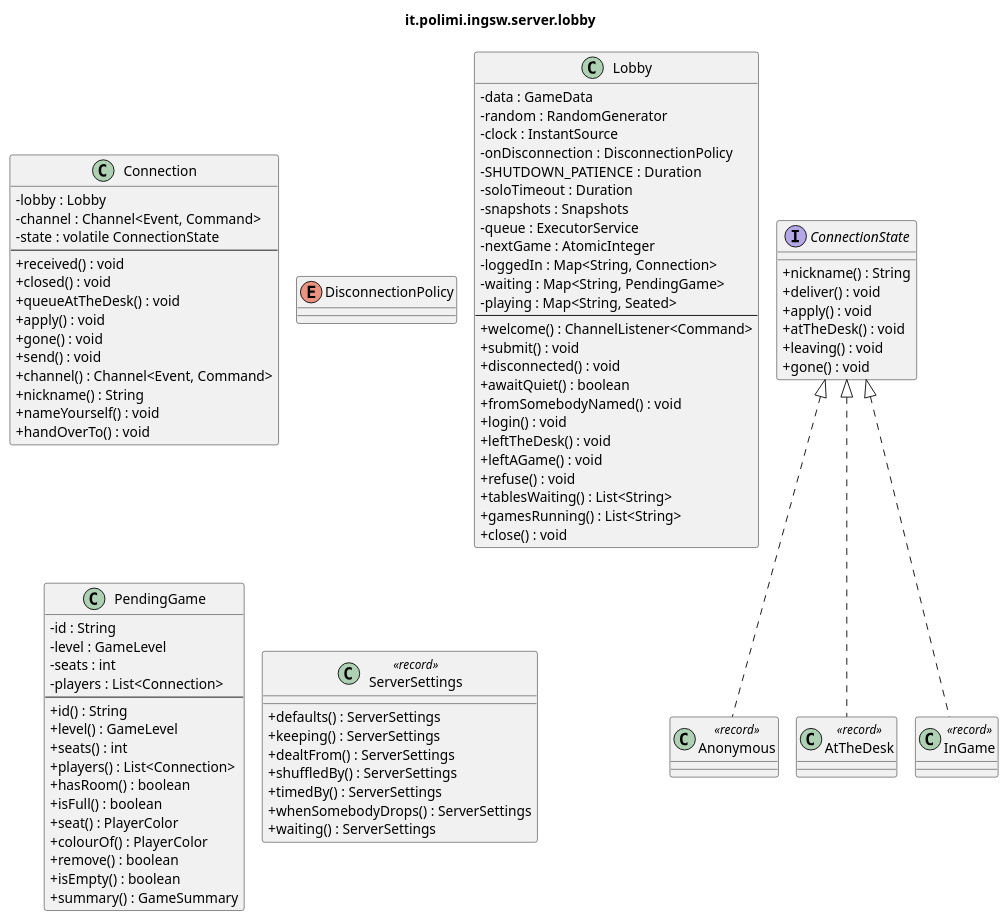
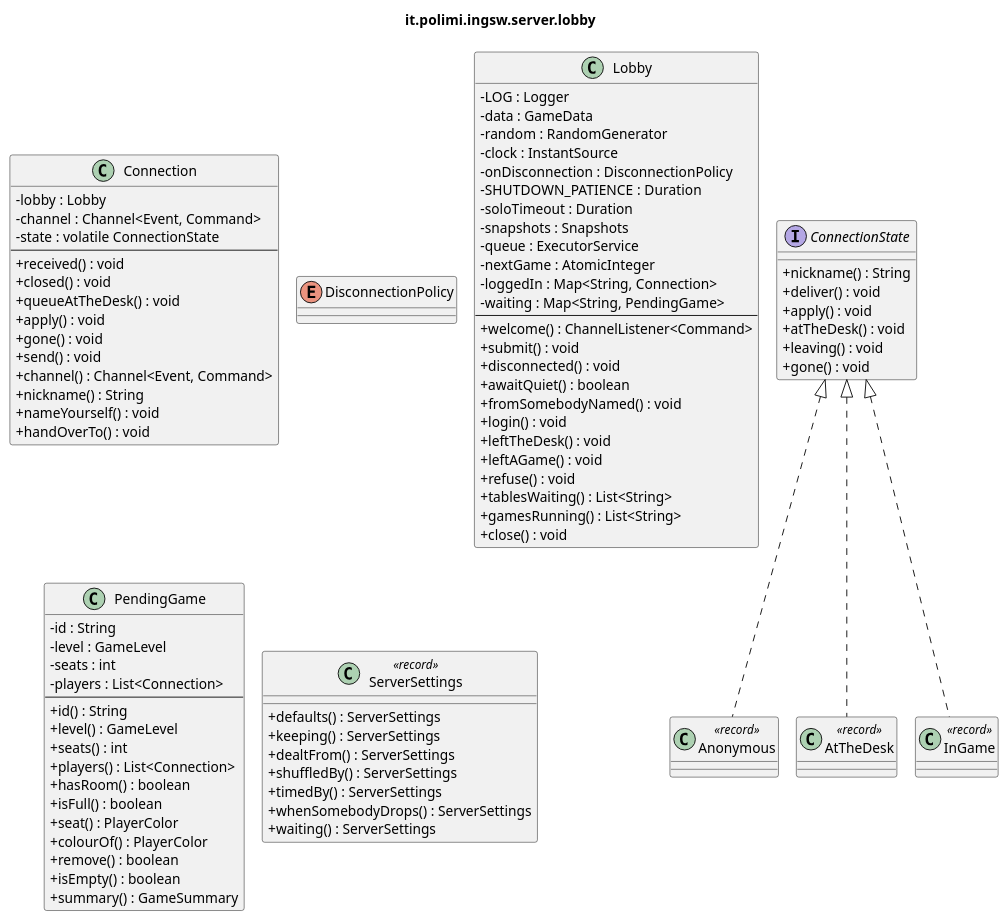
One commit to samuelesegrini/ing-sw-2025-segrini-terribile-varricchio-zanca changed the diagram in docs/uml/detailed/server-lobby.puml. Above: the diagram before and after it, drawn with PlantUML. The commit also changed 9 other files, not shown here.

```diff
--- a/docs/uml/detailed/server-lobby.puml
+++ b/docs/uml/detailed/server-lobby.puml
@@ -1,98 +1,98 @@
 @startuml it_polimi_ingsw_server_lobby
 ' Generated by tools/uml/generate-detailed.py. Do not edit by hand.
 !pragma layout smetana
 skinparam shadowing false
 skinparam classAttributeIconSize 0
 title it.polimi.ingsw.server.lobby
 
 class Connection {
   -lobby : Lobby
   -channel : Channel<Event, Command>
   -state : volatile ConnectionState
   --
   +received() : void
   +closed() : void
   +queueAtTheDesk() : void
   +apply() : void
   +gone() : void
   +send() : void
   +channel() : Channel<Event, Command>
   +nickname() : String
   +nameYourself() : void
   +handOverTo() : void
 }
 interface ConnectionState {
   +nickname() : String
   +deliver() : void
   +apply() : void
   +atTheDesk() : void
   +leaving() : void
   +gone() : void
 }
 class Anonymous <<record>> {
 }
 class AtTheDesk <<record>> {
 }
 class InGame <<record>> {
 }
 enum DisconnectionPolicy {
 }
 class Lobby {
+  -LOG : Logger
   -data : GameData
   -random : RandomGenerator
   -clock : InstantSource
   -onDisconnection : DisconnectionPolicy
   -SHUTDOWN_PATIENCE : Duration
   -soloTimeout : Duration
   -snapshots : Snapshots
   -queue : ExecutorService
   -nextGame : AtomicInteger
   -loggedIn : Map<String, Connection>
   -waiting : Map<String, PendingGame>
-  -playing : Map<String, Seated>
   --
   +welcome() : ChannelListener<Command>
   +submit() : void
   +disconnected() : void
   +awaitQuiet() : boolean
   +fromSomebodyNamed() : void
   +login() : void
   +leftTheDesk() : void
   +leftAGame() : void
   +refuse() : void
   +tablesWaiting() : List<String>
   +gamesRunning() : List<String>
   +close() : void
 }
 class PendingGame {
   -id : String
   -level : GameLevel
   -seats : int
   -players : List<Connection>
   --
   +id() : String
   +level() : GameLevel
   +seats() : int
   +players() : List<Connection>
   +hasRoom() : boolean
   +isFull() : boolean
   +seat() : PlayerColor
   +colourOf() : PlayerColor
   +remove() : boolean
   +isEmpty() : boolean
   +summary() : GameSummary
 }
 class ServerSettings <<record>> {
   +defaults() : ServerSettings
   +keeping() : ServerSettings
   +dealtFrom() : ServerSettings
   +shuffledBy() : ServerSettings
   +timedBy() : ServerSettings
   +whenSomebodyDrops() : ServerSettings
   +waiting() : ServerSettings
 }
 
 ConnectionState <|.. Anonymous
 ConnectionState <|.. AtTheDesk
 ConnectionState <|.. InGame
 @enduml
```
